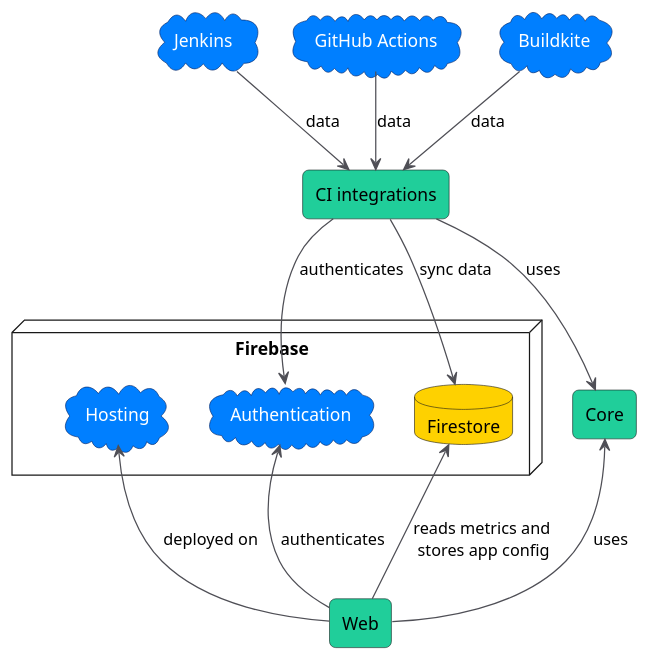
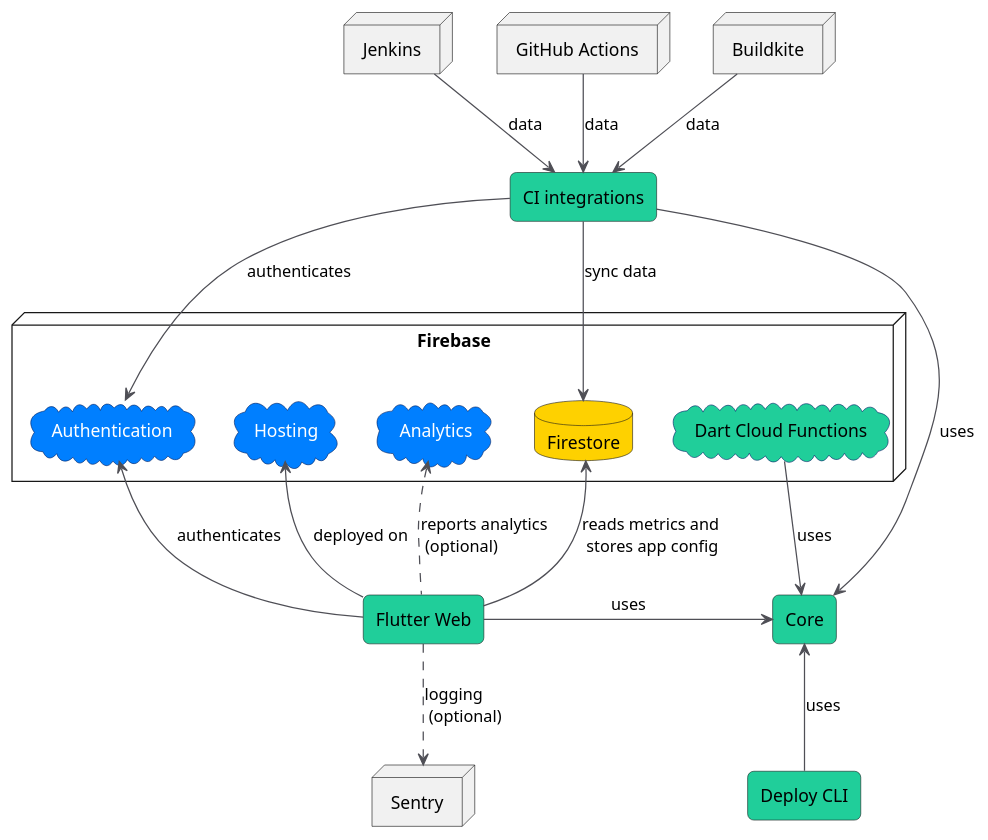
Before and after one commit to Flank/flank-dashboard: the diagram in concept_map.puml, drawn with PlantUML. The commit also changed 1 other file, not shown here.

```diff
--- a/concept_map.puml
+++ b/concept_map.puml
@@ -1,65 +1,77 @@
 @startuml metrics_concept_map
 
 skinparam DefaultTextAlignment left
 
 skinparam database {
     borderColor #292618
     backgroundColor #fed100
 }
 
 skinparam cloud {
     borderColor #002366
     backgroundColor #007FFF
     fontColor white
 }
 
 skinparam rectangle {
     borderColor #182b27
     backgroundColor #20ce9a
     roundCorner 10
 }
 
 skinparam ArrowColor #4f4f56
 
-cloud Jenkins
-cloud "GitHub Actions" as GA
-cloud Buildkite
+node Jenkins
+node "GitHub Actions" as GA
+node Buildkite
+node Sentry
 
 rectangle "CI integrations" as CI
 
 together {
     node Firebase {
         cloud Hosting
         database Firestore
         cloud Authentication
+        cloud Analytics
+
+        cloud #20ce9a "<color:black>Dart Cloud Functions</color>" as DartCloudFunctions
     }
 
     rectangle Core
 }
 
-rectangle Web
+rectangle "Flutter Web" as Web
+rectangle "Deploy CLI" as CLI
 
 Jenkins -[hidden]right-> GA
 GA -[hidden]right-> Buildkite
+Analytics -[hidden]left-> Hosting  
+Analytics -[hidden]right-> Firestore  
 
 Jenkins -down-> CI : data
 GA -down-> CI : data
 Buildkite -down-> CI : data
 
 CI -down-> Firestore : sync data
 CI -down-> Authentication : authenticates
-CI -[hidden]down-> Hosting
 
-Hosting -[hidden]right-> Authentication
-Authentication -[hidden]right-> Firestore
-
-Firebase -[hidden]right-> Core
+Hosting -[hidden]left-> Authentication
+Hosting -[hidden]right-> Firestore
+Firestore -[hidden]right-> Authentication
 
 Web -up-> Firestore : reads metrics and \l stores app config
 Web -up-> Authentication : authenticates
 Web -up-> Hosting : deployed on
+Web .up.> Analytics : reports analytics  \l (optional)
+Web .down.> Sentry : logging \l (optional)
 
-Web --right--> Core : uses
-CI --right--> Core  : uses
+CLI -up-> Core : uses
+
+DartCloudFunctions -right-> Core : uses
+DartCloudFunctions -[hidden]left-> Authentication : uses
+
+Web -right-> Core : uses
+CI -right-> Core  : uses
 
 @enduml
```
